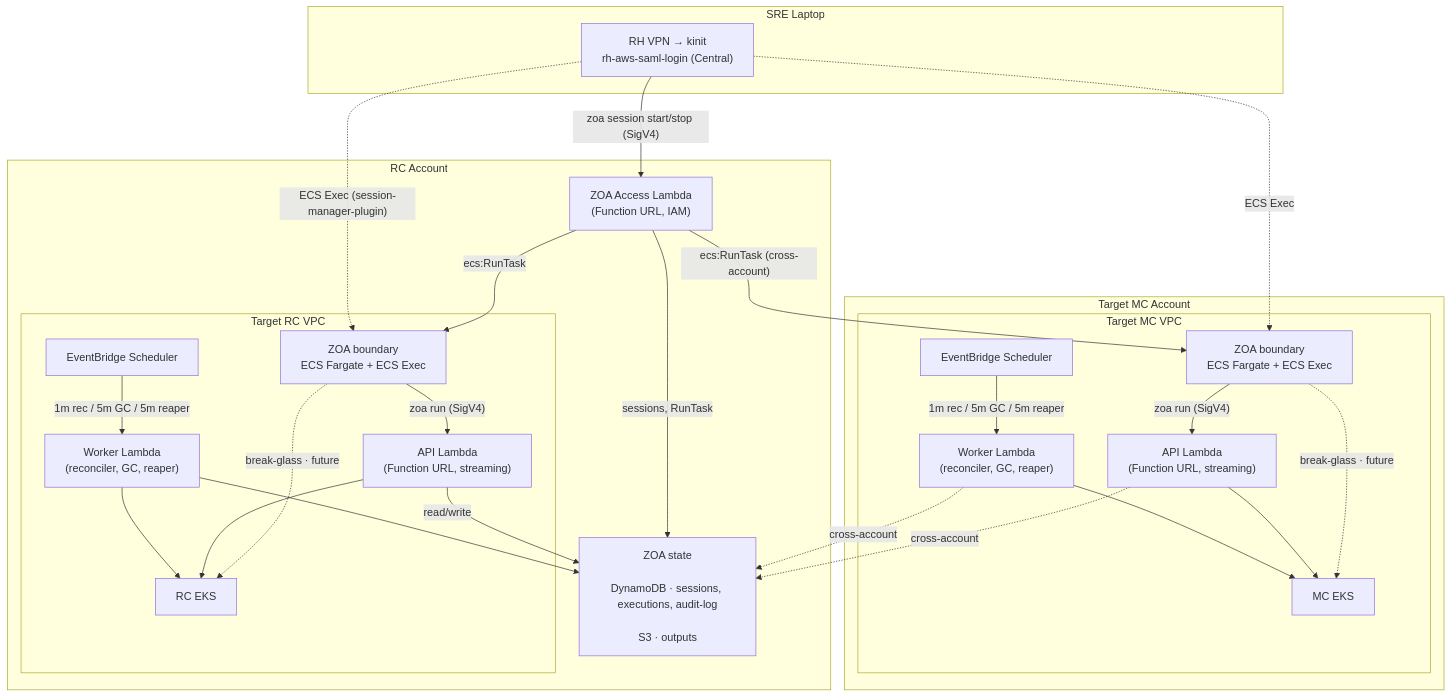
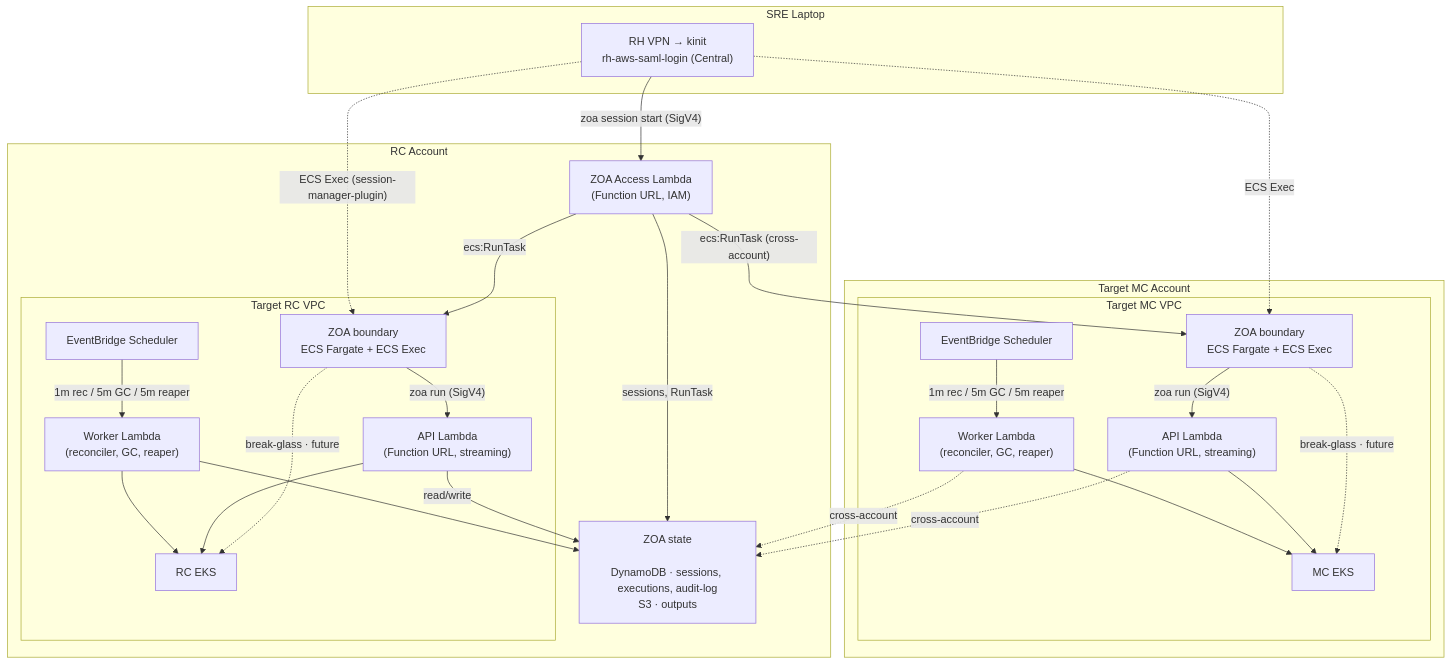
One commit to slopezz/rosa-hyperfleet-zoa changed the diagram in README.md. Above: the diagram before and after it, drawn with Mermaid.

Commit message:
ROSAENG-68805 | docs: trim README diagram session edge and state box

````diff
--- a/README.md
+++ b/README.md
@@ -75,59 +75,59 @@
 ```mermaid
 ---
 config:
   layout: dagre
 ---
 graph TD
     subgraph laptop["SRE Laptop"]
         L["RH VPN → kinit<br/>rh-aws-saml-login (Central)"]
     end
 
     subgraph rc["RC Account"]
         ACCESS["ZOA Access Lambda<br/>(Function URL, IAM)"]
-        STATE["ZOA state<br/><br/>DynamoDB · sessions, executions, audit-log<br/><br/>S3 · outputs"]
+        STATE["ZOA state<br/><br/>DynamoDB · sessions, executions, audit-log<br/>S3 · outputs"]
         subgraph rc_vpc["Target RC VPC"]
             BOUNDARY_RC["ZOA boundary<br/>ECS Fargate + ECS Exec"]
             EB_RC["EventBridge Scheduler"]
             API_RC["API Lambda<br/>(Function URL, streaming)"]
             WORKER_RC["Worker Lambda<br/>(reconciler, GC, reaper)"]
             EKS_RC["RC EKS"]
         end
     end
 
     subgraph mc["Target MC Account"]
         subgraph mc_vpc["Target MC VPC"]
             BOUNDARY_MC["ZOA boundary<br/>ECS Fargate + ECS Exec"]
             EB_MC["EventBridge Scheduler"]
             API_MC["API Lambda<br/>(Function URL, streaming)"]
             WORKER_MC["Worker Lambda<br/>(reconciler, GC, reaper)"]
             EKS_MC["MC EKS"]
         end
     end
 
-    L -->|"zoa session start/stop (SigV4)"| ACCESS
+    L -->|"zoa session start (SigV4)"| ACCESS
     ACCESS -->|"sessions, RunTask"| STATE
     ACCESS -->|"ecs:RunTask"| BOUNDARY_RC
     ACCESS -->|"ecs:RunTask (cross-account)"| BOUNDARY_MC
 
     L -.->|"ECS Exec (session-manager-plugin)"| BOUNDARY_RC
     L -.->|"ECS Exec"| BOUNDARY_MC
 
     BOUNDARY_RC -->|"zoa run (SigV4)"| API_RC
     BOUNDARY_MC -->|"zoa run (SigV4)"| API_MC
 
     BOUNDARY_RC -.->|"break-glass · future"| EKS_RC
     BOUNDARY_MC -.->|"break-glass · future"| EKS_MC
 
     EB_RC -->|"1m rec / 5m GC / 5m reaper"| WORKER_RC
     EB_MC -->|"1m rec / 5m GC / 5m reaper"| WORKER_MC
 
     API_RC --> EKS_RC
     WORKER_RC --> EKS_RC
     API_MC --> EKS_MC
     WORKER_MC --> EKS_MC
 
     API_RC -->|"read/write"| STATE
     WORKER_RC --> STATE
     API_MC -.->|"cross-account"| STATE
     WORKER_MC -.->|"cross-account"| STATE
 ```
````
